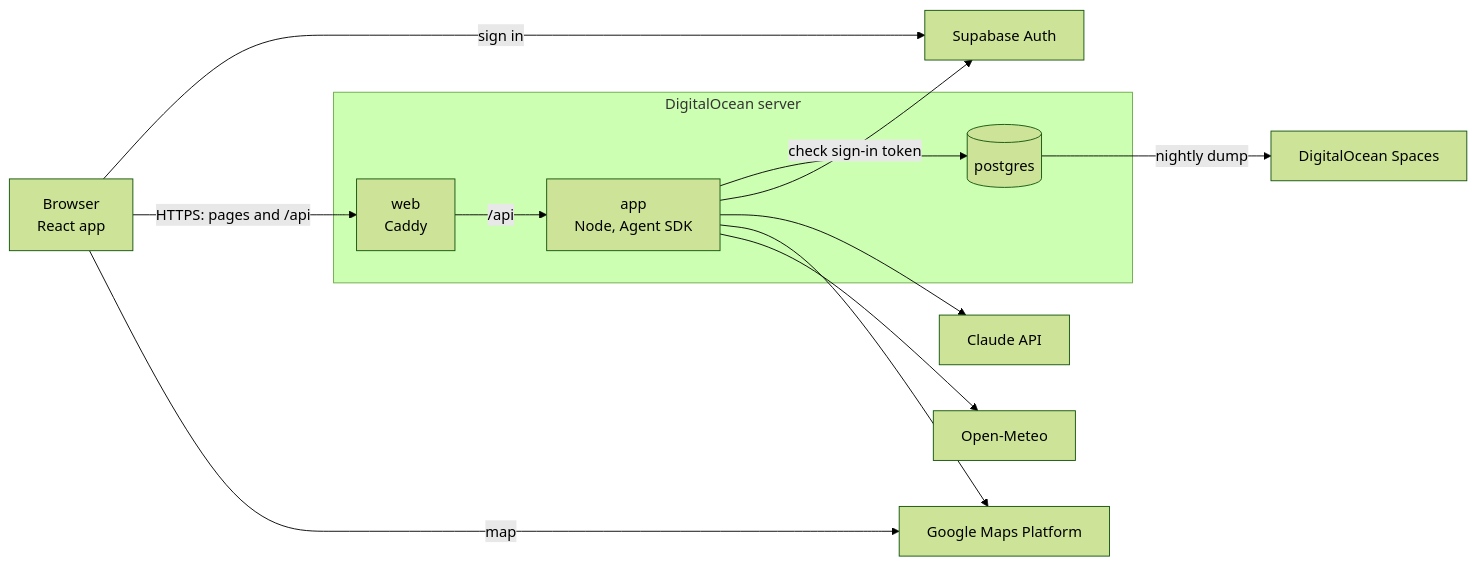
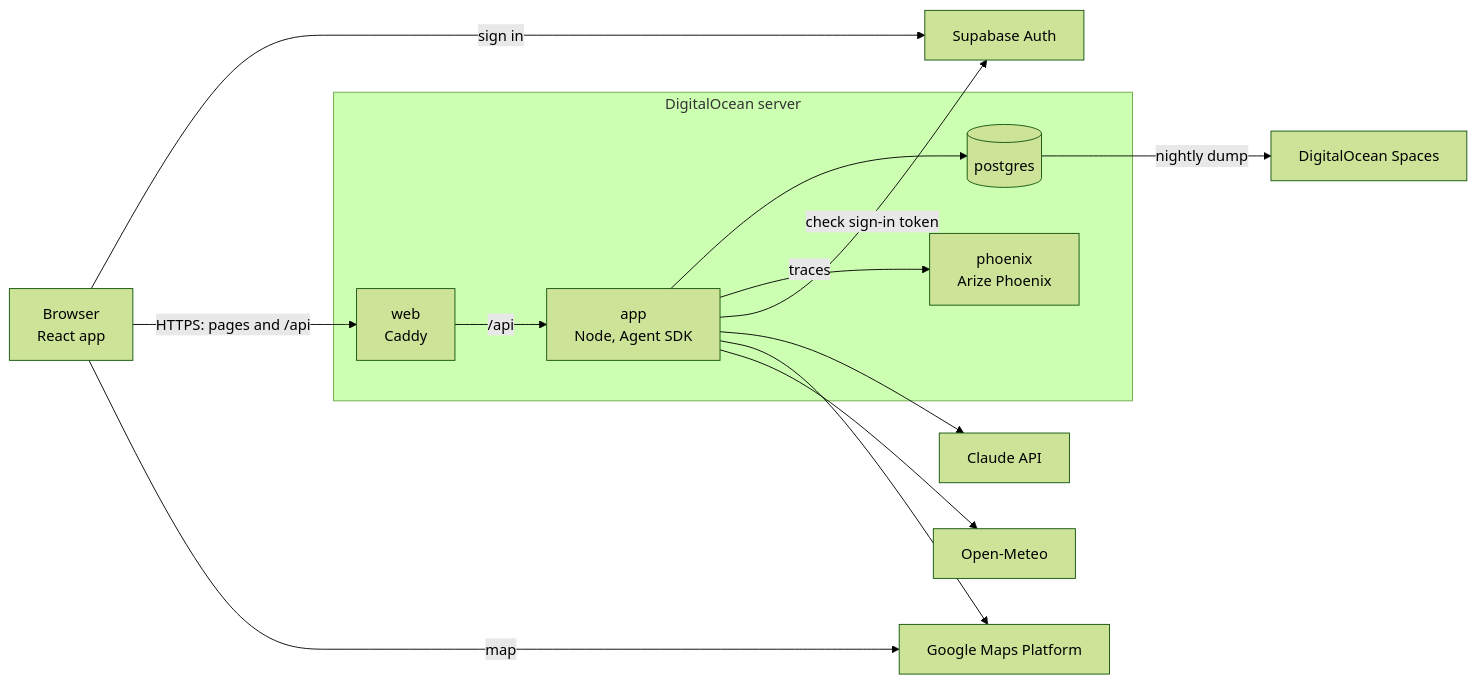
Before and after one commit to nimbusscale/road-trip-agent: the diagram in design/systems.md, drawn with Mermaid (forest theme). The commit also changed other lines of this file and 32 other files, not shown here.

Commit message:
Trace each web chat turn in Phoenix on the server: a phoenix container in the production profile, TurnTrace from the spike with workers' spans, the app and npm run chat sending to road-trip-agent or road-trip-agent-local, and a check or an X on the page for whether the app can reach Phoenix

````diff
--- a/design/systems.md
+++ b/design/systems.md
@@ -11,25 +11,27 @@
 ```mermaid
 flowchart LR
     browser["Browser<br>React app"]
     subgraph server["DigitalOcean server"]
         caddy["web<br>Caddy"]
         app["app<br>Node, Agent SDK"]
         db[("postgres")]
+        phoenix["phoenix<br>Arize Phoenix"]
     end
     supabase["Supabase Auth"]
     claude["Claude API"]
     google["Google Maps Platform"]
     meteo["Open-Meteo"]
     spaces["DigitalOcean Spaces"]
 
     browser -- "sign in" --> supabase
     browser -- "HTTPS: pages and /api" --> caddy
     browser -- "map" --> google
     caddy -- "/api" --> app
     app --> db
+    app -- "traces" --> phoenix
     app -- "check sign-in token" --> supabase
     app --> claude
     app --> google
     app --> meteo
     db -- "nightly dump" --> spaces
 ```
````
